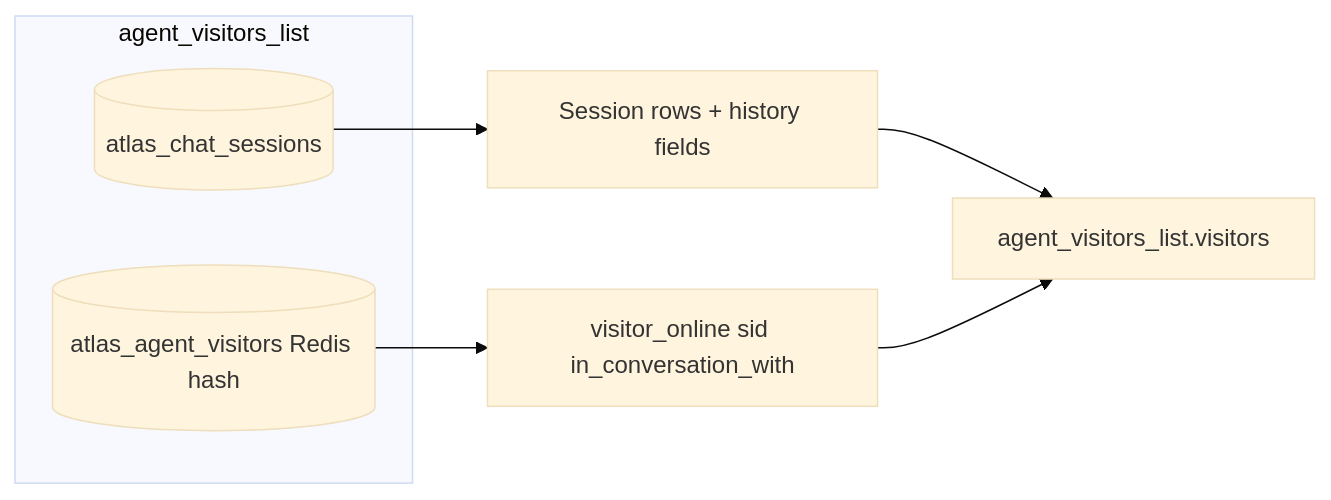
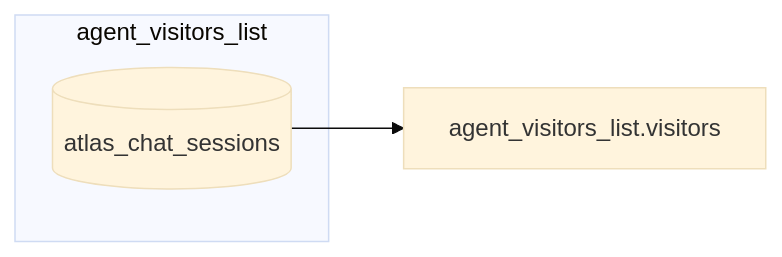
One commit to Shubhojeet-Ghosh/elysium-agents changed the diagram in documentation/live-visitor-chat.md. Above: the diagram before and after it, drawn with Mermaid (base theme). The commit also changed other lines of this file and 23 other files, not shown here.

````diff
--- a/documentation/live-visitor-chat.md
+++ b/documentation/live-visitor-chat.md
@@ -237,11 +407,7 @@
 ```mermaid
 flowchart LR
     subgraph list [agent_visitors_list]
         Mongo[(atlas_chat_sessions)]
-        Redis[(atlas_agent_visitors Redis hash)]
     end
-    Mongo --> Rows[Session rows + history fields]
-    Redis --> Online[visitor_online sid in_conversation_with]
-    Rows --> Payload[agent_visitors_list.visitors]
-    Online --> Payload
+    Mongo --> Payload[agent_visitors_list.visitors]
 ```
````
